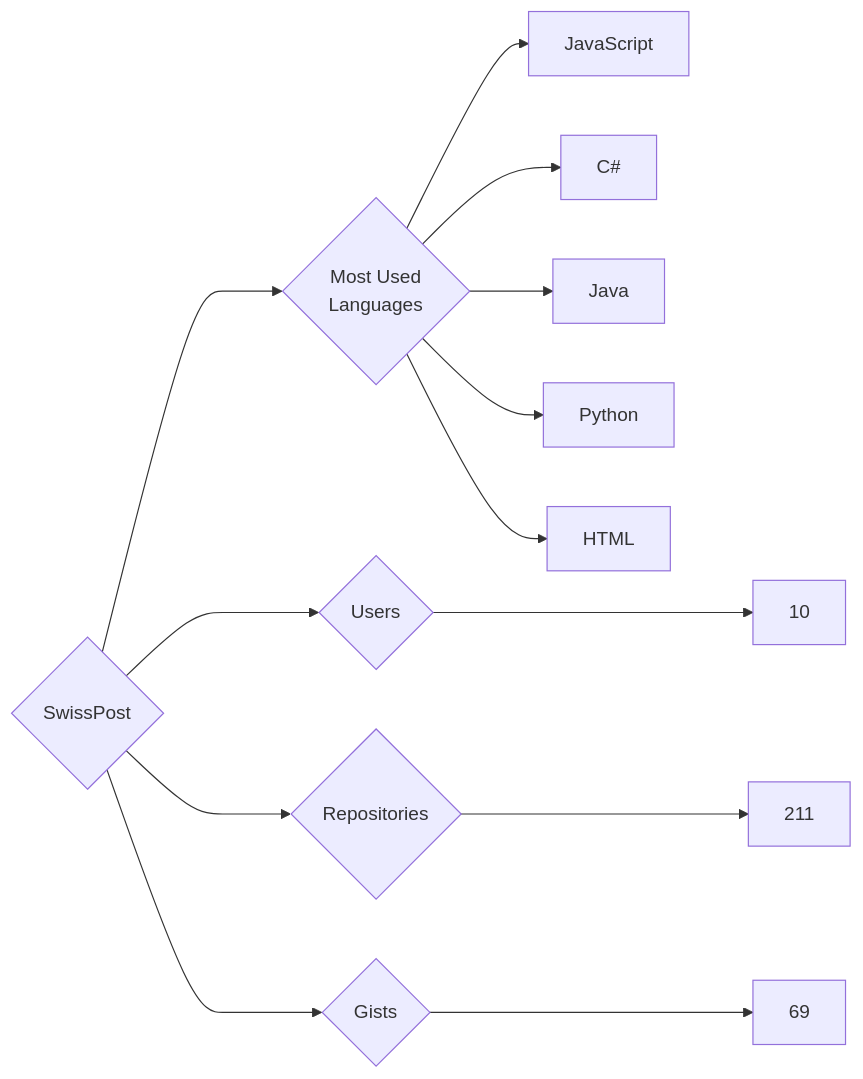
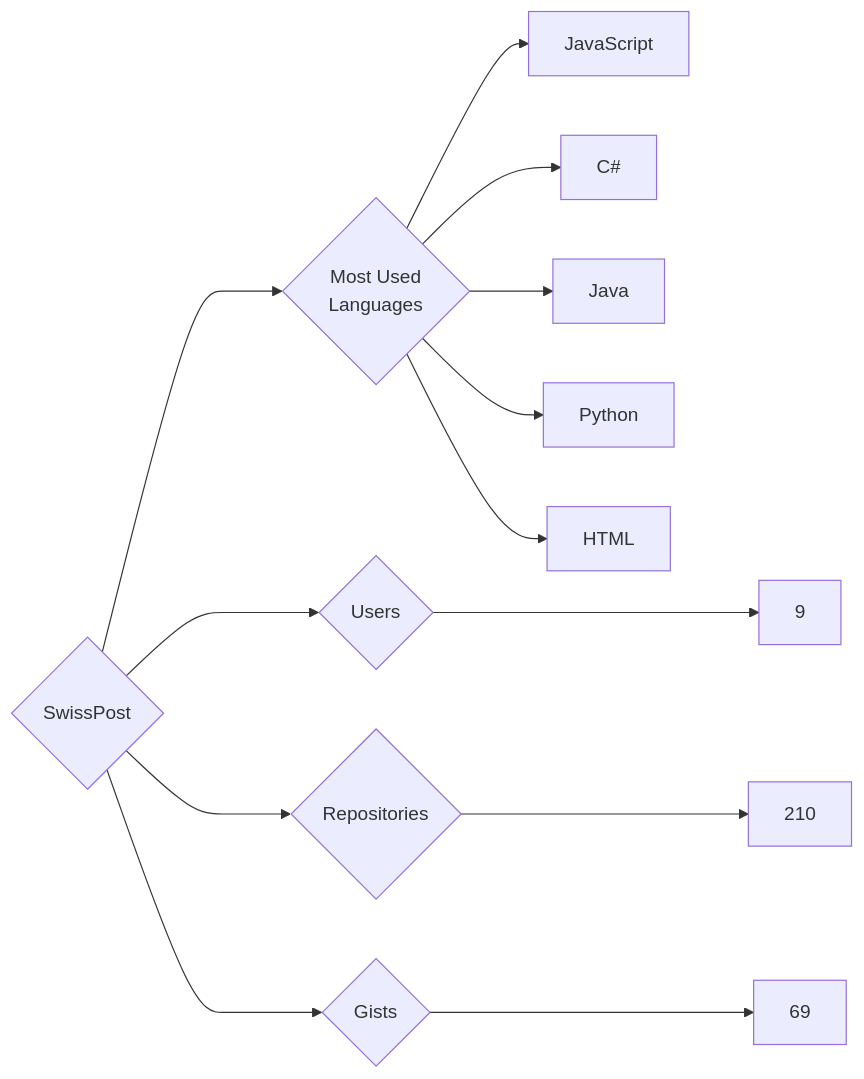
Before and after one commit to trickest/insiders: the diagram in targets/SwissPost/README.md, drawn with Mermaid. The commit also changed 1389 other files, not shown here.

````diff
--- a/targets/SwissPost/README.md
+++ b/targets/SwissPost/README.md
@@ -3,13 +3,13 @@
 ```mermaid
 graph LR
 COMPANY_NAME{SwissPost}
-COMPANY_NAME ---> U{Users} ---> UN[10]
-COMPANY_NAME ---> R{Repositories} ---> RN[211]
+COMPANY_NAME ---> U{Users} ---> UN[9]
+COMPANY_NAME ---> R{Repositories} ---> RN[210]
 COMPANY_NAME ---> G{Gists} ---> GN[69]
 COMPANY_NAME ---> ML{Most Used<br>Languages}
 ML --> JavaScript[JavaScript]
 ML --> C#[C#]
 ML --> Java[Java]
 ML --> Python[Python]
 ML --> HTML[HTML]
 ```
````
